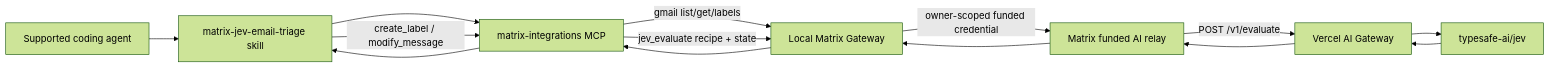
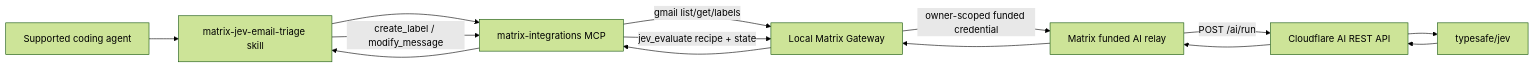
One commit to HamedMP/matrix-os changed the diagram in specs/526-jev-byok/design.zh-en.md. Above: the diagram before and after it, drawn with Mermaid (forest theme). The commit also changed other lines of this file and 3 other files, not shown here.

Commit message:
docs(agents): route Jev through Cloudflare

````diff
--- a/specs/526-jev-byok/design.zh-en.md
+++ b/specs/526-jev-byok/design.zh-en.md
@@ -19,12 +19,12 @@
 ```mermaid
 flowchart LR
   A[Supported coding agent] --> S[matrix-jev-email-triage skill]
   S --> M[matrix-integrations MCP]
   M -->|gmail list/get/labels| G[Local Matrix Gateway]
   M -->|jev_evaluate recipe + state| G
   G -->|owner-scoped funded credential| R[Matrix funded AI relay]
-  R -->|POST /v1/evaluate| V[Vercel AI Gateway]
-  V --> J[typesafe-ai/jev]
-  J --> V --> R --> G --> M --> S
+  R -->|POST /ai/run| C[Cloudflare AI REST API]
+  C --> J[typesafe/jev]
+  J --> C --> R --> G --> M --> S
   S -->|create_label / modify_message| M
 ```
````
